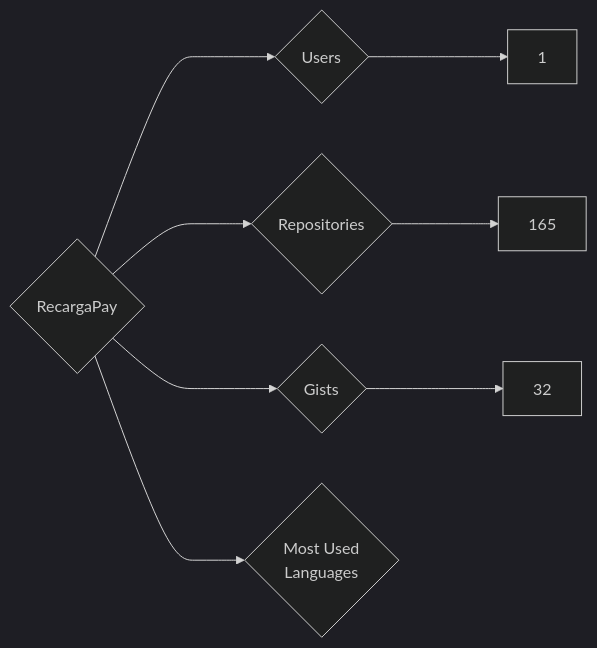
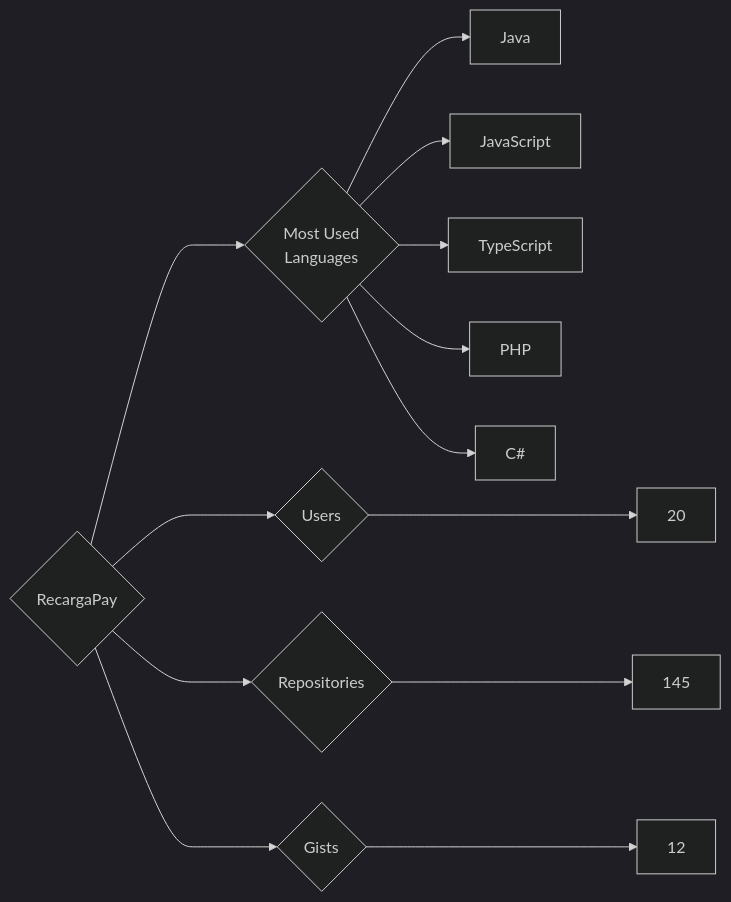
One commit to trickest/insiders changed the diagram in targets/RecargaPay/README.md. Above: the diagram before and after it, drawn with Mermaid (dark theme). The commit also changed 799 other files, not shown here.

````diff
--- a/targets/RecargaPay/README.md
+++ b/targets/RecargaPay/README.md
@@ -3,8 +3,13 @@
 ```mermaid
 graph LR
 COMPANY_NAME{RecargaPay}
-COMPANY_NAME ---> U{Users} ---> UN[1]
-COMPANY_NAME ---> R{Repositories} ---> RN[165]
-COMPANY_NAME ---> G{Gists} ---> GN[32]
+COMPANY_NAME ---> U{Users} ---> UN[20]
+COMPANY_NAME ---> R{Repositories} ---> RN[145]
+COMPANY_NAME ---> G{Gists} ---> GN[12]
 COMPANY_NAME ---> ML{Most Used<br>Languages}
+ML --> Java[Java]
+ML --> JavaScript[JavaScript]
+ML --> TypeScript[TypeScript]
+ML --> PHP[PHP]
+ML --> C#[C#]
 ```
````
